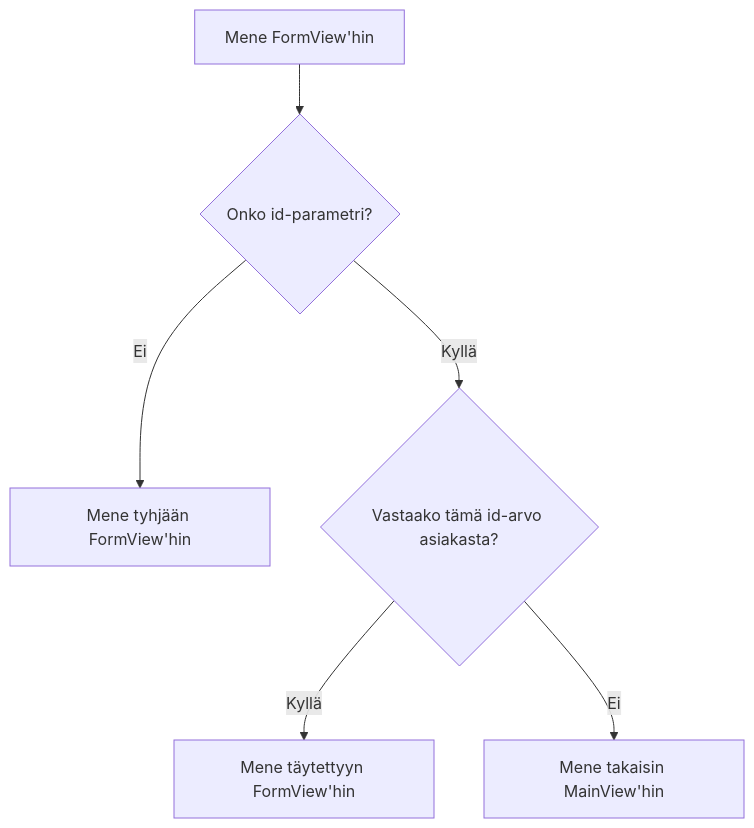
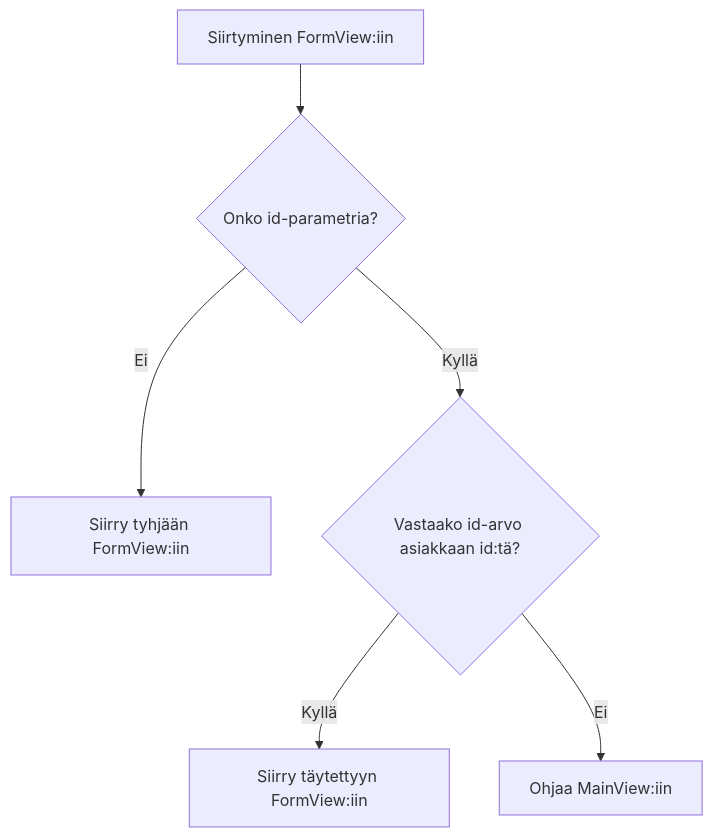
One commit to webforj/webforj-documentation changed the diagram in docs/i18n/fi/docusaurus-plugin-content-docs/current/introduction/tutorial/observers-and-route-parameters.md. Above: the diagram before and after it, drawn with Mermaid. The commit also changed other lines of this file and 589 other files, not shown here.

````diff
--- a/docs/i18n/fi/docusaurus-plugin-content-docs/current/introduction/tutorial/observers-and-route-parameters.md
+++ b/docs/i18n/fi/docusaurus-plugin-content-docs/current/introduction/tutorial/observers-and-route-parameters.md
@@ -72,8 +72,8 @@
 ```mermaid
 flowchart TD
-    A[Mene FormView'hin] --> B{Onko id-parametri?}
-    B -->|Ei| C[Mene tyhjään FormView'hin]
-    B -->|Kyllä| D{Vastaako tämä id-arvo asiakasta?}
-    D -->|Kyllä| E[Mene täytettyyn FormView'hin]
-    D -->|Ei| F[Mene takaisin MainView'hin]
+    A[Siirtyminen FormView:iin] --> B{Onko id-parametria?}
+    B -->|Ei| C[Siirry tyhjään FormView:iin]
+    B -->|Kyllä| D{Vastaako id-arvo asiakkaan id:tä?}
+    D -->|Kyllä| E[Siirry täytettyyn FormView:iin]
+    D -->|Ei| F[Ohjaa MainView:iin]
 ```
````
